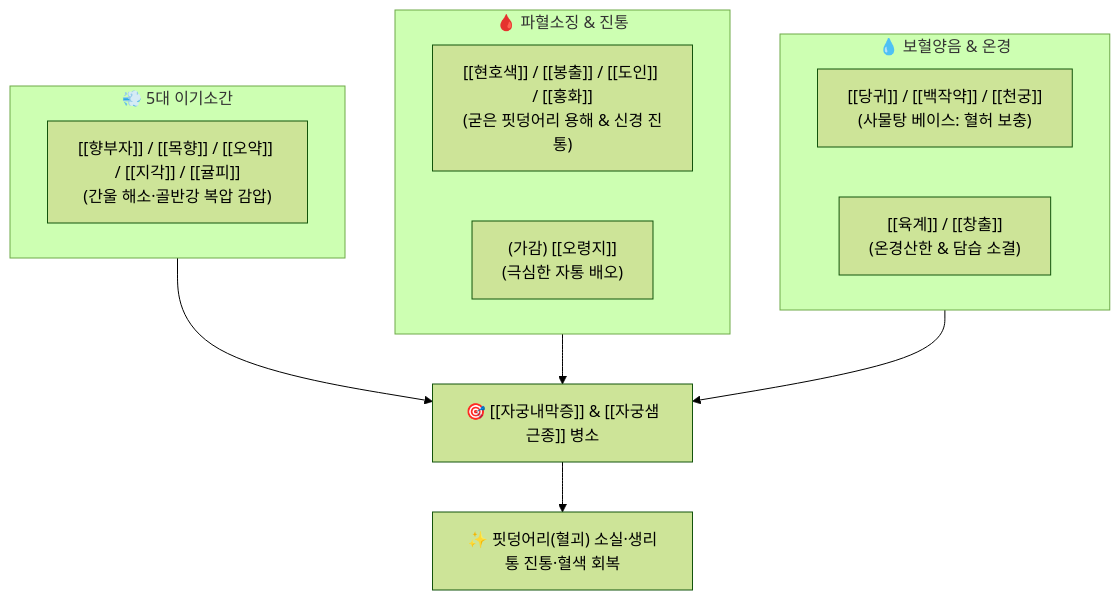
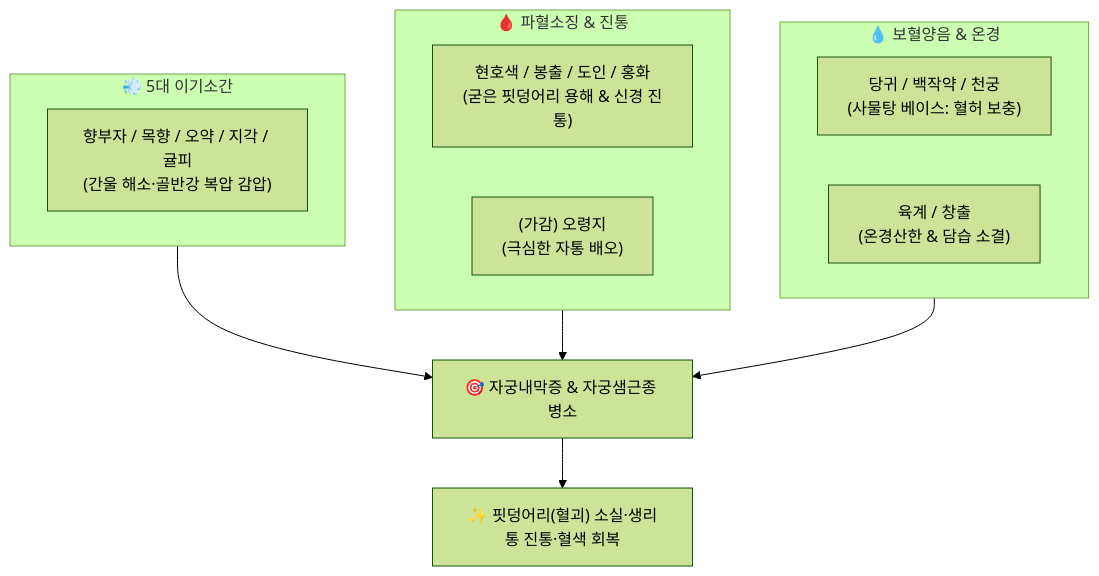
Before and after one commit to simbio11/simbio-digital-garden2: the diagram in content/2. 약리 공부/처방/05_활혈거어·지혈제/현부리경탕.md, drawn with Mermaid (forest theme). The commit also changed other lines of this file and 105 other files, not shown here.

````diff
--- a/content/2. 약리 공부/처방/05_활혈거어·지혈제/현부리경탕.md
+++ b/content/2. 약리 공부/처방/05_활혈거어·지혈제/현부리경탕.md
@@ -70,21 +71,21 @@
 ```mermaid
 graph TD
     subgraph Qi["💨 5대 이기소간"]
-        Q1["[[향부자]] / [[목향]] / [[오약]] / [[지각]] / [[귤피]]<br>(간울 해소·골반강 복압 감압)"]
+        Q1["향부자 / 목향 / 오약 / 지각 / 귤피<br>(간울 해소·골반강 복압 감압)"]
     end
 
     subgraph Blood["🩸 파혈소징 & 진통"]
-        B1["[[현호색]] / [[봉출]] / [[도인]] / [[홍화]]<br>(굳은 핏덩어리 용해 & 신경 진통)"]
-        B2["(가감) [[오령지]]<br>(극심한 자통 배오)"]
+        B1["현호색 / 봉출 / 도인 / 홍화<br>(굳은 핏덩어리 용해 & 신경 진통)"]
+        B2["(가감) 오령지<br>(극심한 자통 배오)"]
     end
 
     subgraph Nourish["💧 보혈양음 & 온경"]
-        N1["[[당귀]] / [[백작약]] / [[천궁]]<br>(사물탕 베이스: 혈허 보충)"]
-        N2["[[육계]] / [[창출]]<br>(온경산한 & 담습 소결)"]
+        N1["당귀 / 백작약 / 천궁<br>(사물탕 베이스: 혈허 보충)"]
+        N2["육계 / 창출<br>(온경산한 & 담습 소결)"]
     end
 
-    Qi --> Target["🎯 [[자궁내막증]] & [[자궁샘근종]] 병소"]
+    Qi --> Target["🎯 자궁내막증 & 자궁샘근종 병소"]
     Blood --> Target
     Nourish --> Target
     Target --> Outcome["✨ 핏덩어리(혈괴) 소실·생리통 진통·혈색 회복"]
 ```
````
